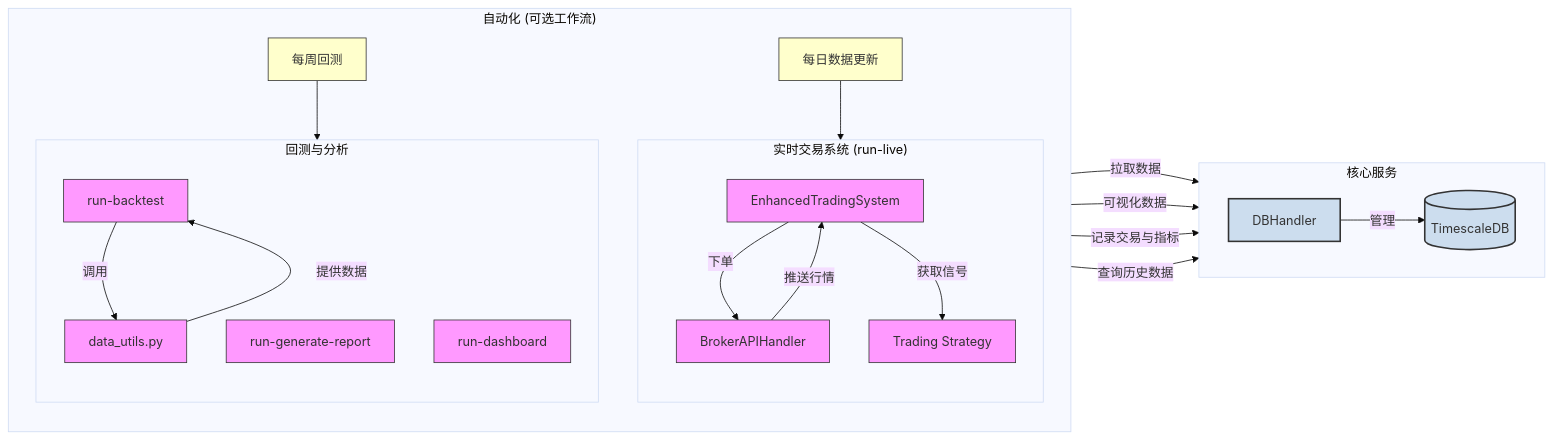
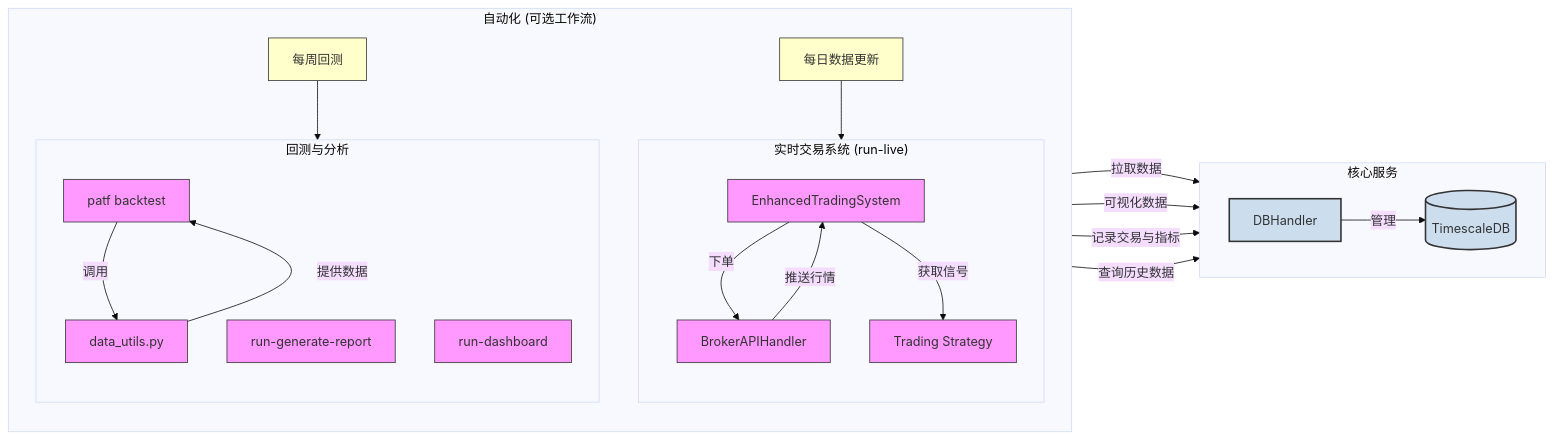
Before and after one commit to runchengxie/intraday-trader: the diagram in README.md, drawn with Mermaid (base theme). The commit also changed other lines of this file and 20 other files, not shown here.

````diff
--- a/README.md
+++ b/README.md
@@ -31,52 +31,52 @@
 ```mermaid
 flowchart LR
     subgraph Core_Services["核心服务"]
         direction LR
         DB_Handler[DBHandler]
         Database[(TimescaleDB)]
         DB_Handler -- "管理" --> Database
     end
 
     subgraph Live_Trading["实时交易系统 (run-live)"]
         direction TB
         ETS[EnhancedTradingSystem]
         Broker[BrokerAPIHandler]
         Strat[Trading Strategy]
 
         ETS -- "下单" --> Broker
         Broker -- "推送行情" --> ETS
         ETS -- "获取信号" --> Strat
     end
 
     subgraph Backtest_and_Analytics["回测与分析"]
         direction TB
-        BacktestScript[run-backtest]
+        BacktestScript[patf backtest]
         ReportScript[run-generate-report]
         DashboardScript[run-dashboard]
         Data_Utils[data_utils.py]
 
         BacktestScript -- "调用" --> Data_Utils
         Data_Utils -- "提供数据" --> BacktestScript
     end
 
     subgraph Automation["自动化 (可选工作流)"]
         direction TB
         Cron_Data[每日数据更新]
         Cron_Backtest[每周回测]
 
         Cron_Data --> Live_Trading
         Cron_Backtest --> Backtest_and_Analytics
     end
 
     Live_Trading -- "记录交易与指标" --> DB_Handler
     Backtest_and_Analytics -- "查询历史数据" --> DB_Handler
     ReportScript -- "拉取数据" --> DB_Handler
     DashboardScript -- "可视化数据" --> DB_Handler
 
     classDef core fill:#f9f,stroke:#333,stroke-width:1px;
     classDef db fill:#cde,stroke:#333,stroke-width:2px;
     classDef automation fill:#ffc,stroke:#333,stroke-width:1px;
     class ETS,Broker,Strat,BacktestScript,ReportScript,DashboardScript,Data_Utils core;
     class DB_Handler,Database db;
     class Cron_Data,Cron_Backtest automation;
 ```
````
